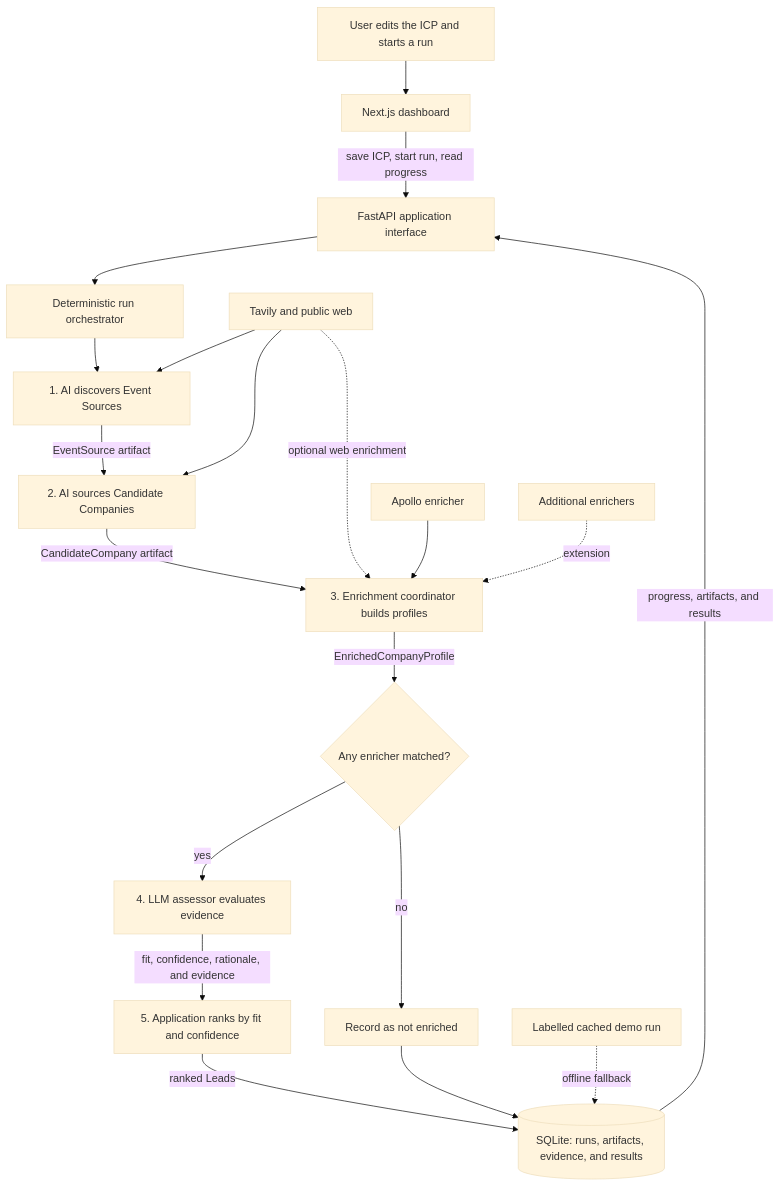
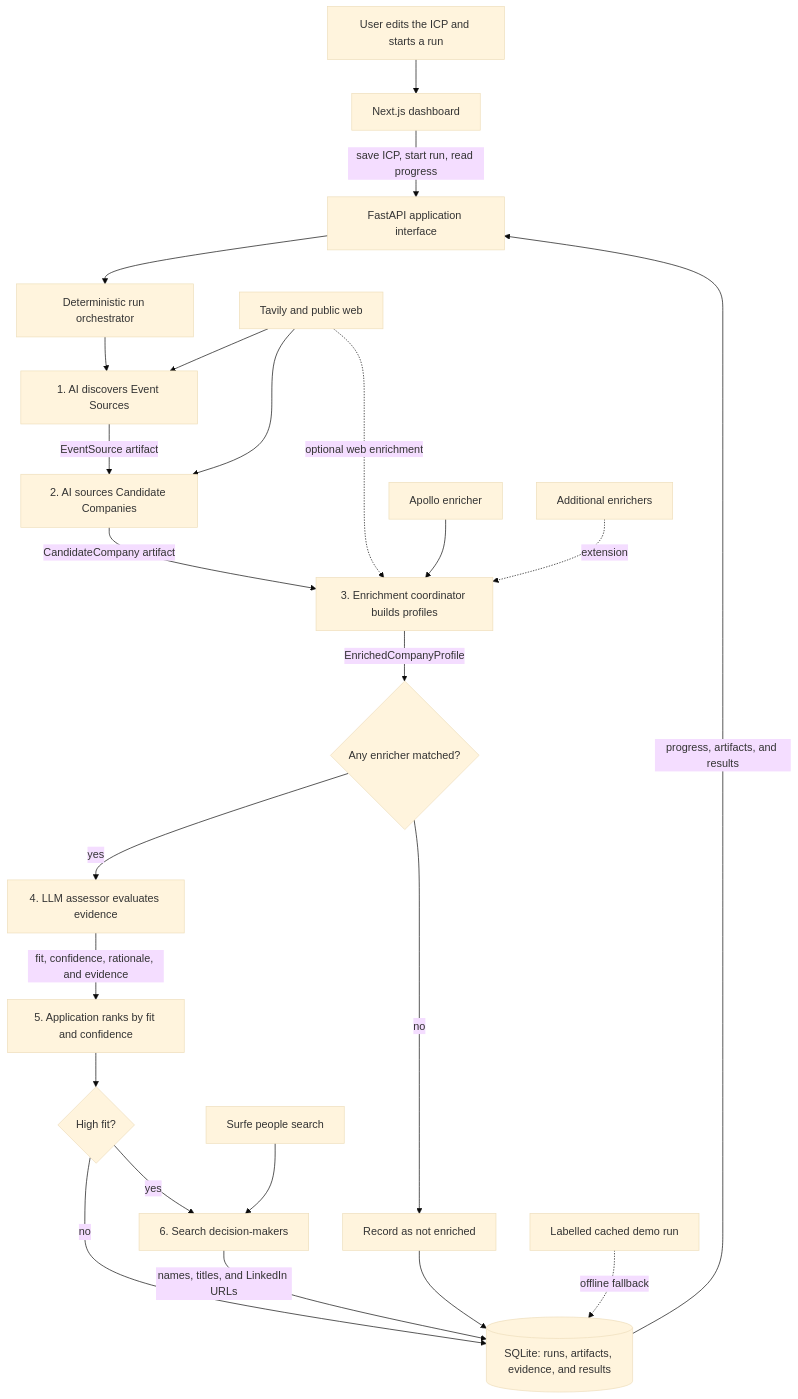
The first of 2 diagrams in docs/architecture.md (sham-bolic/instalily-takehome), drawn with Mermaid (base theme) before and after one commit. The commit also changed other lines of this file and 3 other files, not shown here.

Commit message:
Document decision-maker outreach architecture

````diff
--- a/docs/architecture.md
+++ b/docs/architecture.md
@@ -7,42 +7,49 @@
 ```mermaid
 flowchart TD
     USER[User edits the ICP and starts a run]
     UI[Next.js dashboard]
     API[FastAPI application interface]
     RUN[Deterministic run orchestrator]
 
     EVENTS[1. AI discovers Event Sources]
     COMPANIES[2. AI sources Candidate Companies]
     ENRICH[3. Enrichment coordinator builds profiles]
     GATE{Any enricher matched?}
     ASSESS[4. LLM assessor evaluates evidence]
     SCORE[5. Application ranks by fit and confidence]
+    HIGH_FIT{High fit?}
+    PEOPLE[6. Search decision-makers]
     SKIP[Record as not enriched]
 
     TAVILY[Tavily and public web]
     APOLLO[Apollo enricher]
+    SURFE[Surfe people search]
     OTHER[Additional enrichers]
     DB[(SQLite: runs, artifacts, evidence, and results)]
     CACHE[Labelled cached demo run]
 
     USER --> UI
     UI -->|save ICP, start run, read progress| API
     API --> RUN
     RUN --> EVENTS
     EVENTS -->|EventSource artifact| COMPANIES
     COMPANIES -->|CandidateCompany artifact| ENRICH
     ENRICH -->|EnrichedCompanyProfile| GATE
     GATE -->|yes| ASSESS
     GATE -->|no| SKIP
     ASSESS -->|fit, confidence, rationale, and evidence| SCORE
-    SCORE -->|ranked Leads| DB
+    SCORE --> HIGH_FIT
+    HIGH_FIT -->|yes| PEOPLE
+    HIGH_FIT -->|no| DB
+    PEOPLE -->|names, titles, and LinkedIn URLs| DB
     SKIP --> DB
     DB -->|progress, artifacts, and results| API
 
     TAVILY --> EVENTS
     TAVILY --> COMPANIES
     TAVILY -. optional web enrichment .-> ENRICH
     APOLLO --> ENRICH
+    SURFE --> PEOPLE
     OTHER -. extension .-> ENRICH
     CACHE -. offline fallback .-> DB
 ```
````
